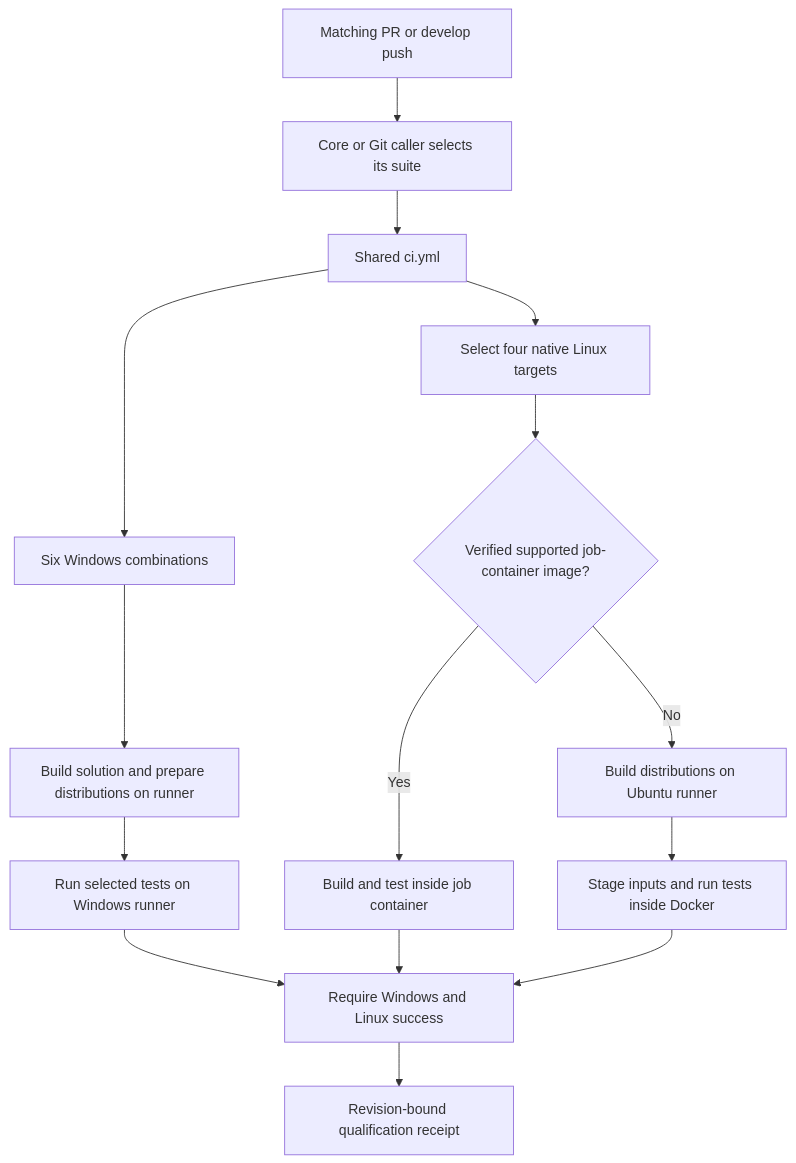
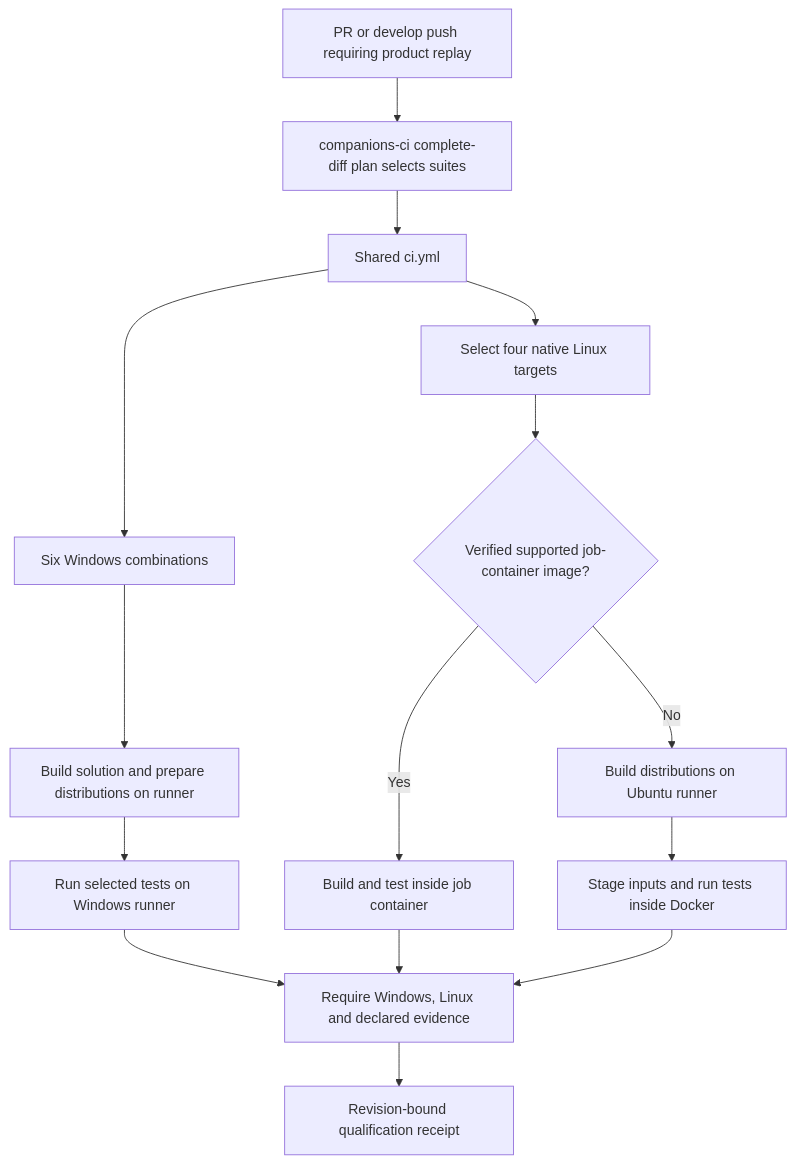
One commit to FrenchExDev2/QuietCli.PoSh changed the diagram in README-qualification-when-where-how.md. Above: the diagram before and after it, drawn with Mermaid. The commit also changed other lines of this file and 116 other files, not shown here.

````diff
--- a/README-qualification-when-where-how.md
+++ b/README-qualification-when-where-how.md
@@ -54,17 +54,17 @@
 ```mermaid
 flowchart TD
-    P[Matching PR or develop push] --> S[Core or Git caller selects its suite]
+    P[PR or develop push requiring product replay] --> S[companions-ci complete-diff plan selects suites]
     S --> C[Shared ci.yml]
     C --> W[Six Windows combinations]
     C --> L[Select four native Linux targets]
     W --> WB[Build solution and prepare distributions on runner]
     WB --> WT[Run selected tests on Windows runner]
     L --> J{Verified supported job-container image?}
     J -- Yes --> JB[Build and test inside job container]
     J -- No --> FB[Build distributions on Ubuntu runner]
     FB --> FT[Stage inputs and run tests inside Docker]
-    WT --> G[Require Windows and Linux success]
+    WT --> G[Require Windows, Linux and declared evidence]
     JB --> G
     FT --> G
     G --> Q[Revision-bound qualification receipt]
 ```
````
